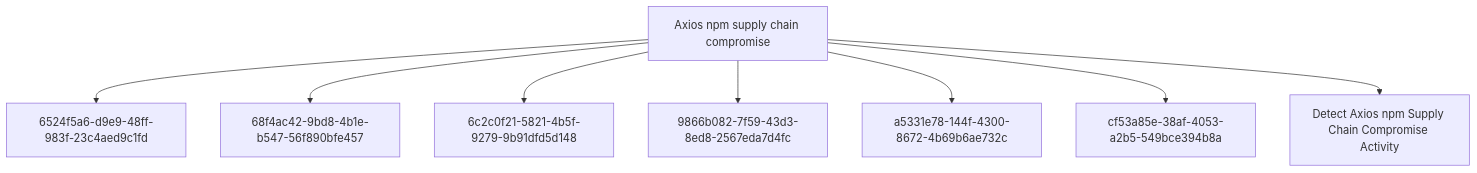
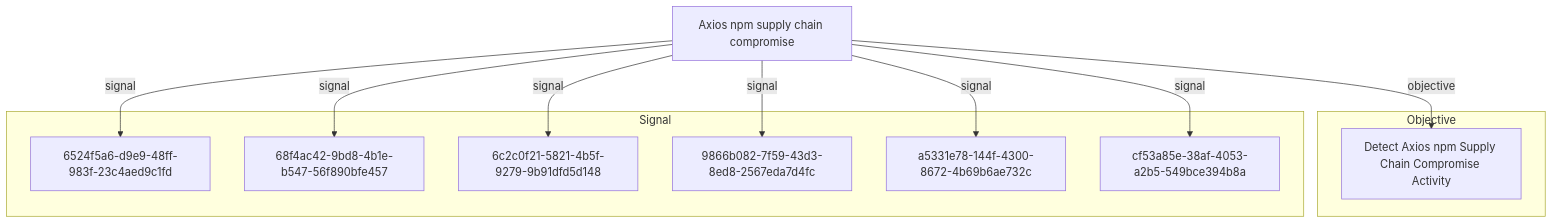
Before and after one commit to opentidehq/library: the second of 2 diagrams in docs/threats/axios-npm-supply-chain-compromise.md, drawn with Mermaid. The commit also changed other lines of this file and 277 other files, not shown here.

````diff
--- a/docs/threats/axios-npm-supply-chain-compromise.md
+++ b/docs/threats/axios-npm-supply-chain-compromise.md
@@ -292,18 +362,22 @@
 ```mermaid
 flowchart TB
-000790d9_06de_49af_893d_e4993abe6e38["Axios npm supply chain compromise"]
+subgraph "Objective"
+f45b9b82_a3c5_4643_932b_debfd8739bd8["Detect Axios npm Supply Chain Compromise Activity"]
+end
+subgraph "Signal"
 6524f5a6_d9e9_48ff_983f_23c4aed9c1fd["6524f5a6-d9e9-48ff-983f-23c4aed9c1fd"]
 68f4ac42_9bd8_4b1e_b547_56f890bfe457["68f4ac42-9bd8-4b1e-b547-56f890bfe457"]
 6c2c0f21_5821_4b5f_9279_9b91dfd5d148["6c2c0f21-5821-4b5f-9279-9b91dfd5d148"]
 9866b082_7f59_43d3_8ed8_2567eda7d4fc["9866b082-7f59-43d3-8ed8-2567eda7d4fc"]
 a5331e78_144f_4300_8672_4b69b6ae732c["a5331e78-144f-4300-8672-4b69b6ae732c"]
 cf53a85e_38af_4053_a2b5_549bce394b8a["cf53a85e-38af-4053-a2b5-549bce394b8a"]
-f45b9b82_a3c5_4643_932b_debfd8739bd8["Detect Axios npm Supply Chain Compromise Activity"]
-000790d9_06de_49af_893d_e4993abe6e38 --> 6524f5a6_d9e9_48ff_983f_23c4aed9c1fd
-000790d9_06de_49af_893d_e4993abe6e38 --> 68f4ac42_9bd8_4b1e_b547_56f890bfe457
-000790d9_06de_49af_893d_e4993abe6e38 --> 6c2c0f21_5821_4b5f_9279_9b91dfd5d148
-000790d9_06de_49af_893d_e4993abe6e38 --> 9866b082_7f59_43d3_8ed8_2567eda7d4fc
-000790d9_06de_49af_893d_e4993abe6e38 --> a5331e78_144f_4300_8672_4b69b6ae732c
-000790d9_06de_49af_893d_e4993abe6e38 --> cf53a85e_38af_4053_a2b5_549bce394b8a
-000790d9_06de_49af_893d_e4993abe6e38 --> f45b9b82_a3c5_4643_932b_debfd8739bd8
+end
+000790d9_06de_49af_893d_e4993abe6e38["Axios npm supply chain compromise"]
+000790d9_06de_49af_893d_e4993abe6e38 -->|objective| f45b9b82_a3c5_4643_932b_debfd8739bd8
+000790d9_06de_49af_893d_e4993abe6e38 -->|signal| 6524f5a6_d9e9_48ff_983f_23c4aed9c1fd
+000790d9_06de_49af_893d_e4993abe6e38 -->|signal| 68f4ac42_9bd8_4b1e_b547_56f890bfe457
+000790d9_06de_49af_893d_e4993abe6e38 -->|signal| 6c2c0f21_5821_4b5f_9279_9b91dfd5d148
+000790d9_06de_49af_893d_e4993abe6e38 -->|signal| 9866b082_7f59_43d3_8ed8_2567eda7d4fc
+000790d9_06de_49af_893d_e4993abe6e38 -->|signal| a5331e78_144f_4300_8672_4b69b6ae732c
+000790d9_06de_49af_893d_e4993abe6e38 -->|signal| cf53a85e_38af_4053_a2b5_549bce394b8a
 ```
````
